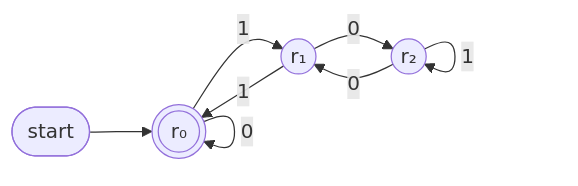
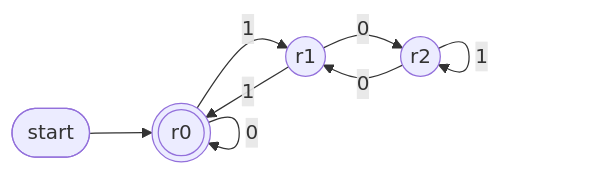
One commit to Choroning/25Fall_Discrete-Mathematics changed the fourth of 5 diagrams in Lecture-Notes/Ch12_Structures-and-Finite-Automata/Concepts_Lecture.md. Above: the diagram before and after it, drawn with Mermaid. The commit also changed other lines of this file and 37 other files, not shown here.

````diff
--- a/Lecture-Notes/Ch12_Structures-and-Finite-Automata/Concepts_Lecture.md
+++ b/Lecture-Notes/Ch12_Structures-and-Finite-Automata/Concepts_Lecture.md
@@ -500,10 +502,10 @@
 ```mermaid
 graph LR
     st([start]) --> r0
-    r0(((r₀))) -->|0| r0
-    r0 -->|1| r1((r₁))
+    r0(((r0))) -->|0| r0
+    r0 -->|1| r1((r1))
     r1 -->|1| r0
-    r1 -->|0| r2((r₂))
+    r1 -->|0| r2((r2))
     r2 -->|0| r1
     r2 -->|1| r2
 ```
````
